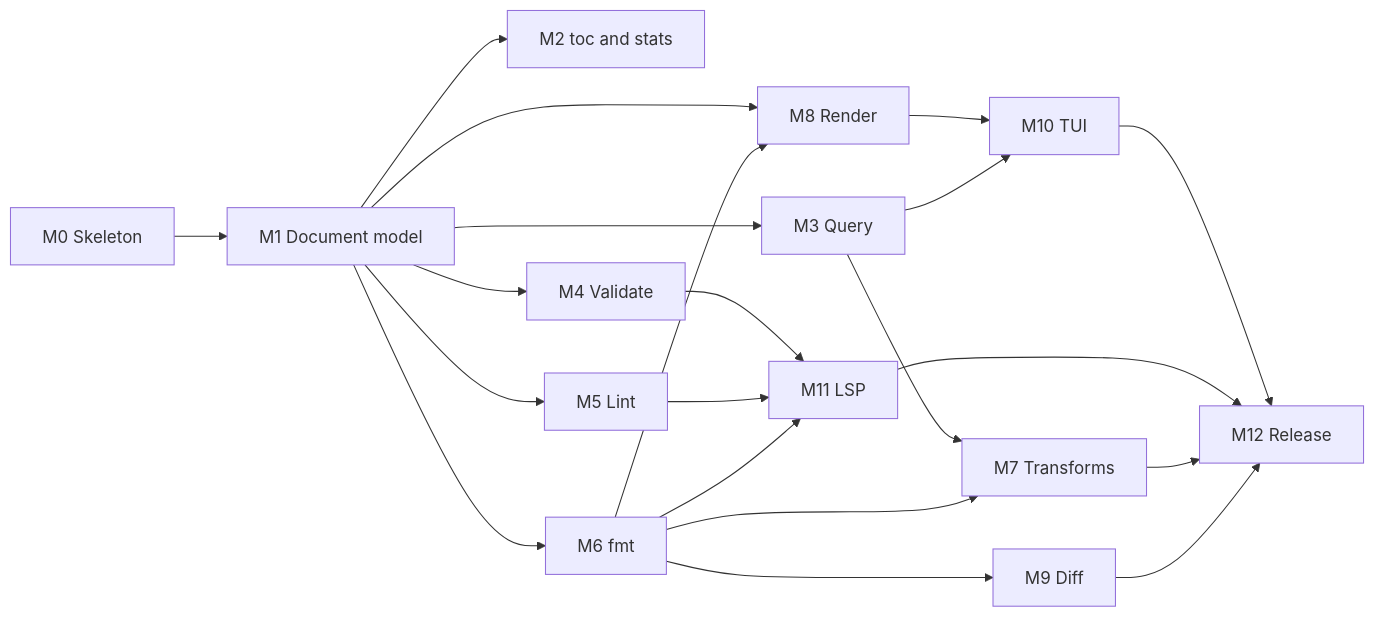
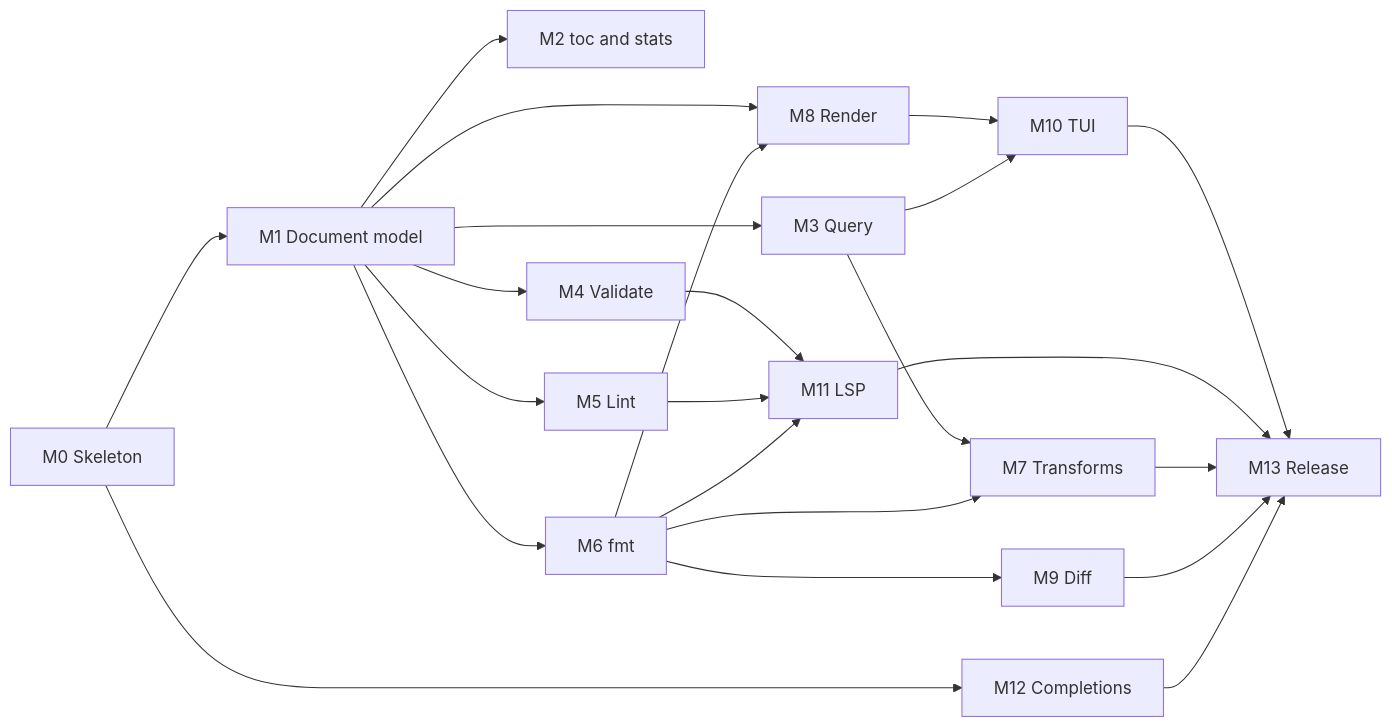
One commit to mtrense/marquee changed the third of 3 diagrams in PLAN.md. Above: the diagram before and after it, drawn with Mermaid. The commit also changed other lines of this file, not shown here.

First line of the commit message:
plan: add M12 completions milestone for nushell and carapace

````diff
--- a/PLAN.md
+++ b/PLAN.md
@@ -111,23 +111,25 @@
 ```mermaid
 flowchart LR
     M0[M0 Skeleton] --> M1[M1 Document model]
     M1 --> M2[M2 toc and stats]
     M1 --> M3[M3 Query]
     M1 --> M4[M4 Validate]
     M1 --> M5[M5 Lint]
     M1 --> M6[M6 fmt]
     M3 --> M7[M7 Transforms]
     M6 --> M7
     M1 --> M8[M8 Render]
     M6 --> M8
     M6 --> M9[M9 Diff]
     M8 --> M10[M10 TUI]
     M3 --> M10
     M4 --> M11[M11 LSP]
     M5 --> M11
     M6 --> M11
-    M10 --> M12[M12 Release]
-    M11 --> M12
-    M7 --> M12
-    M9 --> M12
+    M10 --> M13[M13 Release]
+    M11 --> M13
+    M7 --> M13
+    M9 --> M13
+    M0 --> M12[M12 Completions]
+    M12 --> M13
 ```
````
